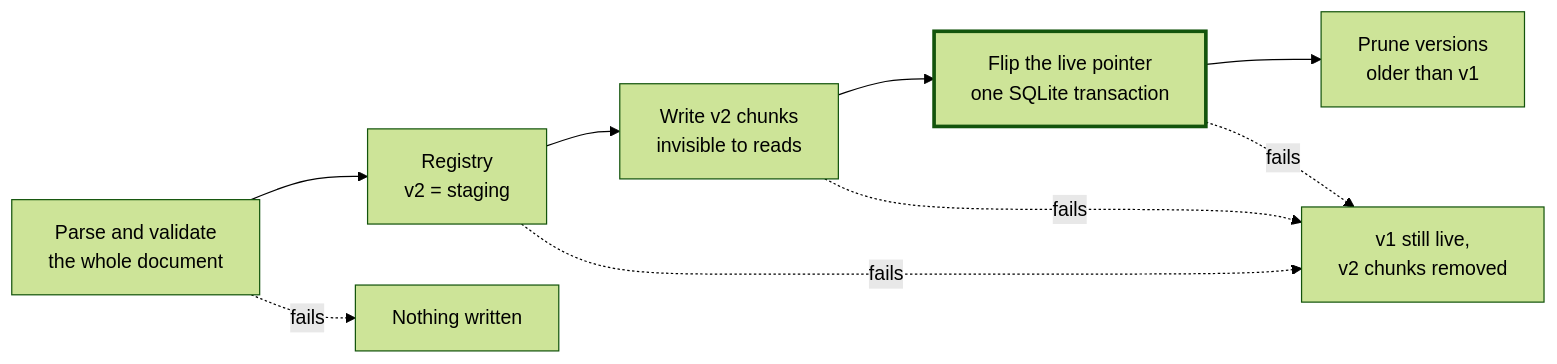
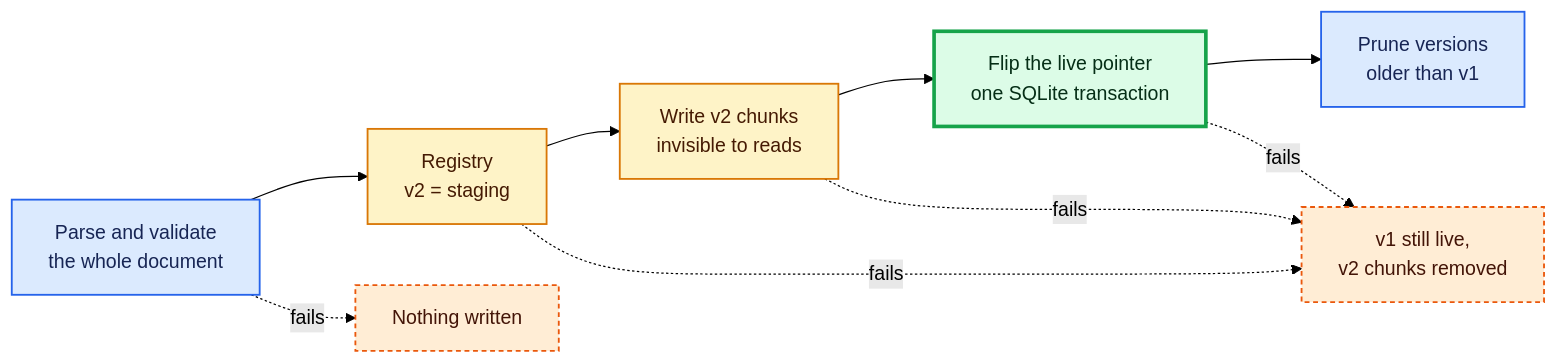
One commit to mrhello291/commute-policy-assistant changed the third of 5 diagrams in README.md. Above: the diagram before and after it, drawn with Mermaid (forest theme). The commit also changed other lines of this file, not shown here.

Commit message:
Colour the README diagrams by what each box is

````diff
--- a/README.md
+++ b/README.md
@@ -365,8 +382,14 @@
 ```mermaid
 flowchart LR
     P["Parse and validate<br/>the whole document"] --> B["Registry<br/>v2 = staging"] --> W["Write v2 chunks<br/>invisible to reads"] --> A["Flip the live pointer<br/>one SQLite transaction"] --> PR["Prune versions<br/>older than v1"]
     P -.->|"fails"| N1["Nothing written"]
     B & W & A -.->|"fails"| N2["v1 still live,<br/>v2 chunks removed"]
-    classDef commit stroke-width:3px
+    classDef step fill:#dbeafe,stroke:#2563eb,stroke-width:1.5px,color:#172554
+    classDef store fill:#fef3c7,stroke:#d97706,stroke-width:1.5px,color:#451a03
+    classDef commit fill:#dcfce7,stroke:#16a34a,stroke-width:3px,color:#052e16
+    classDef stop fill:#ffedd5,stroke:#ea580c,stroke-width:1.5px,color:#431407,stroke-dasharray:4 3
+    class P,PR step
+    class B,W store
     class A commit
+    class N1,N2 stop
 ```
````
